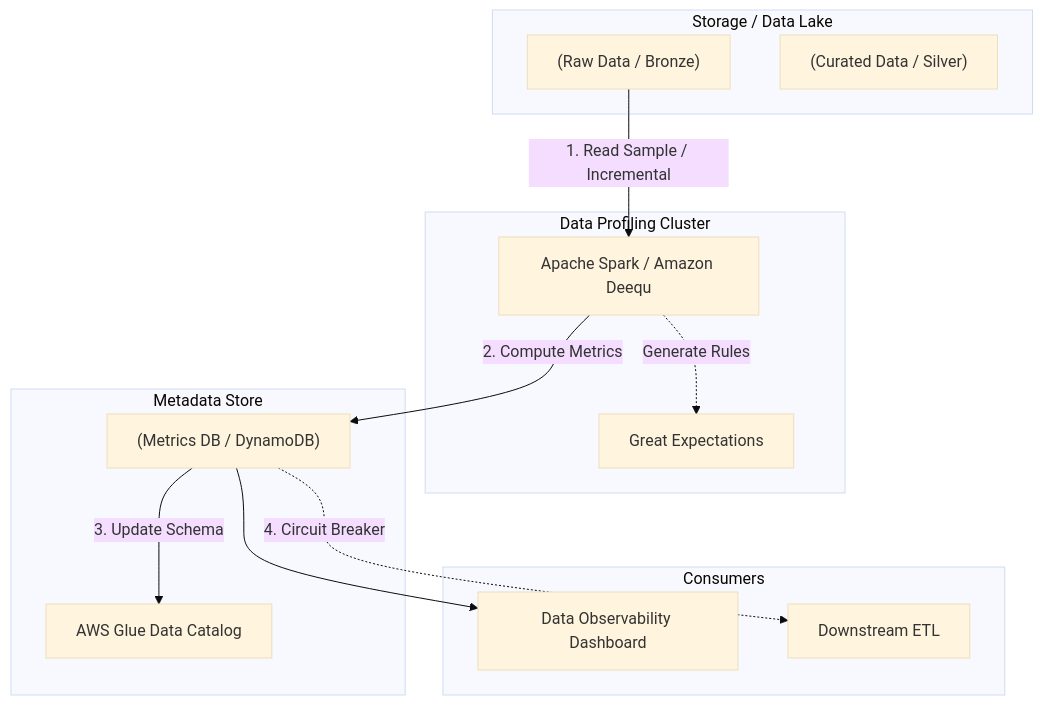
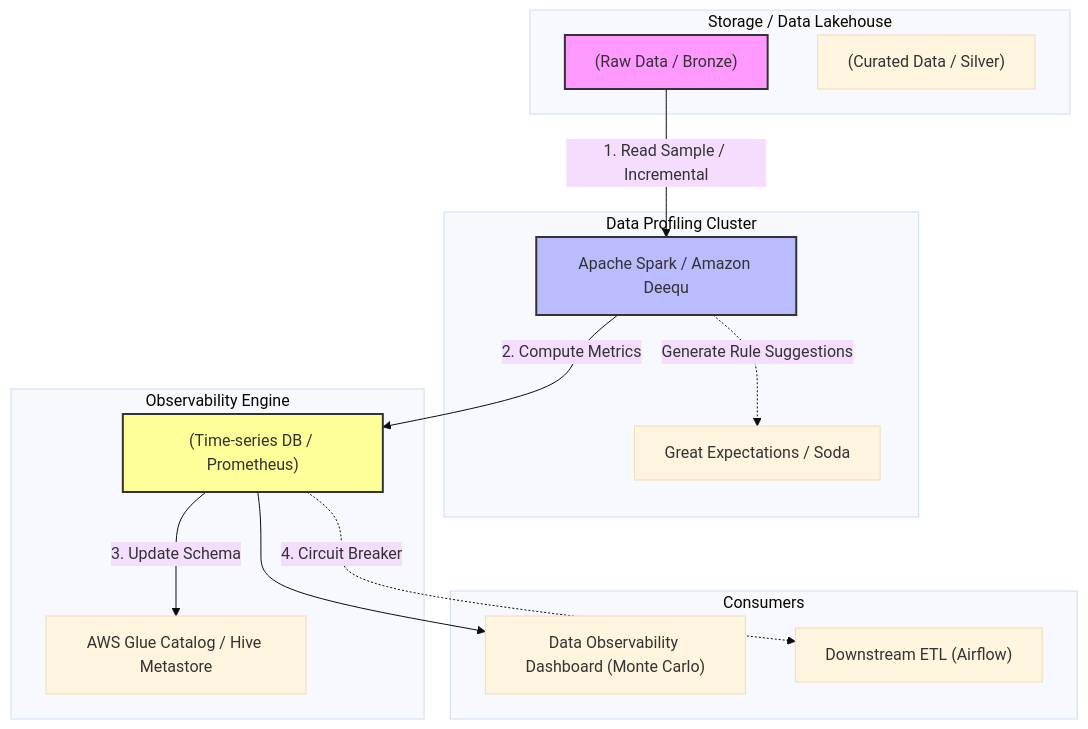
The diagram in src/content/docs/concepts/7-dataops-orchestration-quality/data-profiling.md (kythuatdulieu/kythuatdulieu.github.io), drawn with Mermaid (base theme) before and after one commit. The commit also changed other lines of this file and 213 other files, not shown here.

Commit message:
Fix syntax and rewrite 200+ concepts docs to deep-dive system architecture and add GA4 tracking to quiz app

````diff
--- a/src/content/docs/concepts/7-dataops-orchestration-quality/data-profiling.md
+++ b/src/content/docs/concepts/7-dataops-orchestration-quality/data-profiling.md
@@ -20,30 +33,34 @@
 ```mermaid
 graph TD
-    subgraph Storage / Data Lake
+    subgraph Storage / Data Lakehouse
         A["(Raw Data / Bronze)"]
         B["(Curated Data / Silver)"]
     end
     
     subgraph Data Profiling Cluster
         C["Apache Spark / Amazon Deequ"]
-        D["Great Expectations"]
+        D["Great Expectations / Soda"]
     end
     
-    subgraph Metadata Store
-        E["AWS Glue Data Catalog"]
-        F["(Metrics DB / DynamoDB)"]
+    subgraph Observability Engine
+        E["AWS Glue Catalog / Hive Metastore"]
+        F["(Time-series DB / Prometheus)"]
     end
     
     A -->|1. Read Sample / Incremental| C
     C -->|2. Compute Metrics| F
-    C -.->|Generate Rules| D
+    C -.->|Generate Rule Suggestions| D
     F -->|3. Update Schema| E
     
     subgraph Consumers
-        G["Data Observability Dashboard"]
-        H["Downstream ETL"]
+        G["Data Observability Dashboard (Monte Carlo)"]
+        H["Downstream ETL (Airflow)"]
     end
     
     F --> G
     F -.->|4. Circuit Breaker| H
+    
+    style A fill:#f9f,stroke:#333,stroke-width:2px
+    style C fill:#bbf,stroke:#333,stroke-width:2px
+    style F fill:#ff9,stroke:#333,stroke-width:2px
 ```
````
